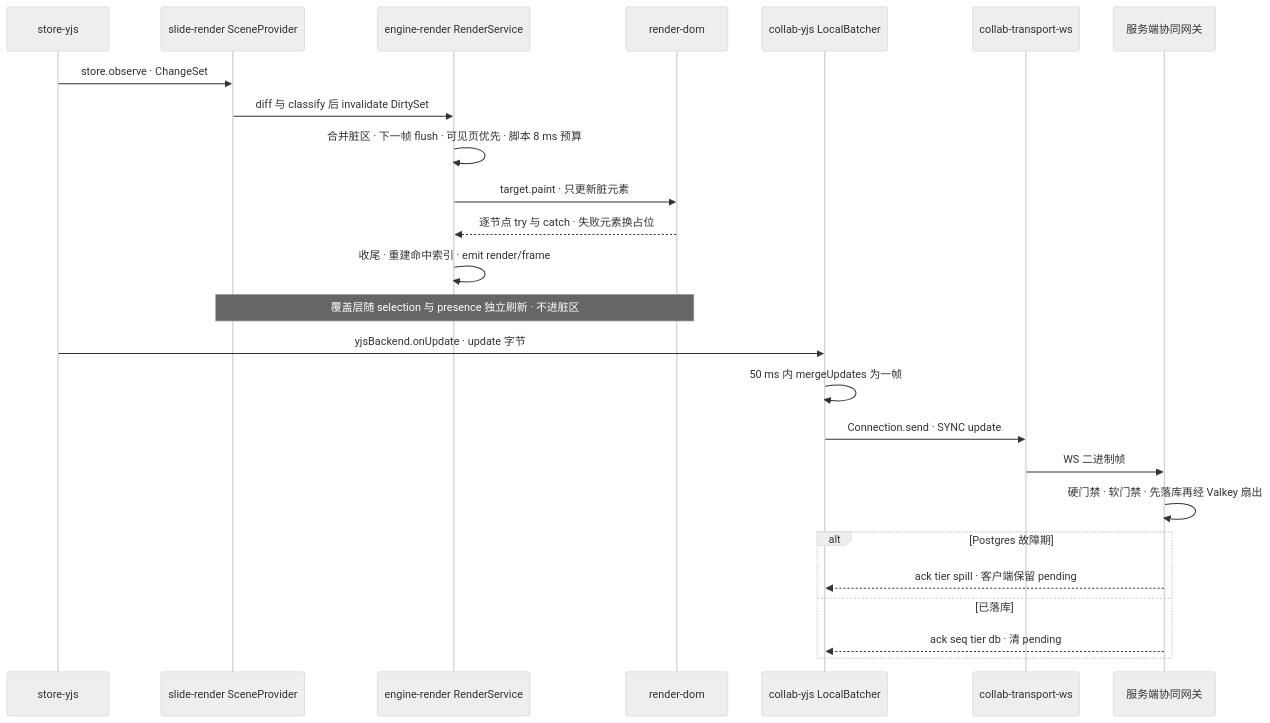
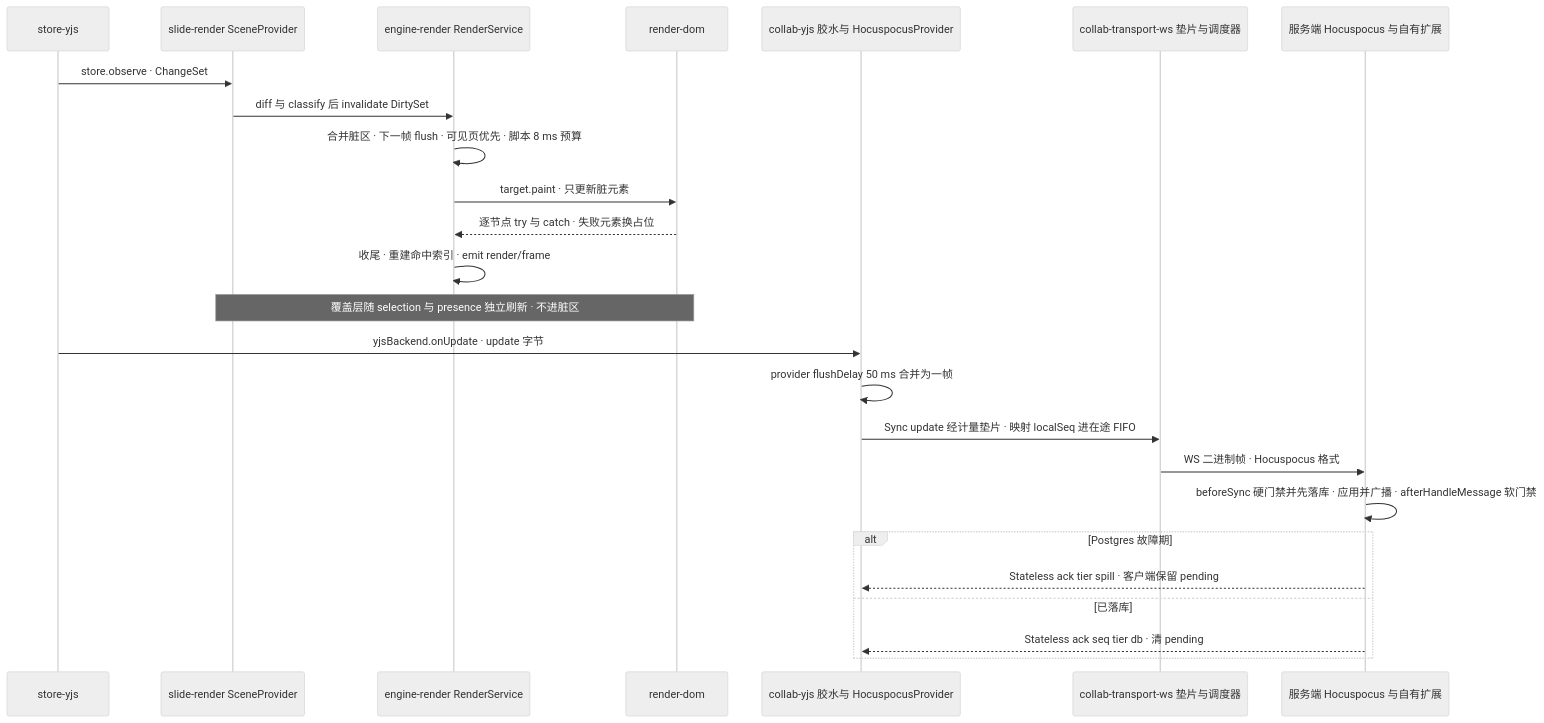
One commit to Xeonice/cordis-ppt-editor changed diagram 23 of 36 in docs/40-modules/18-atlas-system-and-frontend.md. Above: the diagram before and after it, drawn with Mermaid (neutral theme). The commit also changed other lines of this file and 78 other files, not shown here.

````diff
--- a/docs/40-modules/18-atlas-system-and-frontend.md
+++ b/docs/40-modules/18-atlas-system-and-frontend.md
@@ -810,27 +819,27 @@
 ```mermaid
 sequenceDiagram
   participant store as store-yjs
   participant scene as slide-render SceneProvider
   participant render as engine-render RenderService
   participant dom as render-dom
-  participant sync as collab-yjs LocalBatcher
-  participant ws as collab-transport-ws
-  participant gw as 服务端协同网关
+  participant sync as collab-yjs 胶水与 HocuspocusProvider
+  participant ws as collab-transport-ws 垫片与调度器
+  participant gw as 服务端 Hocuspocus 与自有扩展
   store->>scene: store.observe · ChangeSet
   scene->>render: diff 与 classify 后 invalidate DirtySet
   render->>render: 合并脏区 · 下一帧 flush · 可见页优先 · 脚本 8 ms 预算
   render->>dom: target.paint · 只更新脏元素
   dom-->>render: 逐节点 try 与 catch · 失败元素换占位
   render->>render: 收尾 · 重建命中索引 · emit render/frame
   Note over scene,dom: 覆盖层随 selection 与 presence 独立刷新 · 不进脏区
   store->>sync: yjsBackend.onUpdate · update 字节
-  sync->>sync: 50 ms 内 mergeUpdates 为一帧
-  sync->>ws: Connection.send · SYNC update
-  ws->>gw: WS 二进制帧
-  gw->>gw: 硬门禁 · 软门禁 · 先落库再经 Valkey 扇出
+  sync->>sync: provider flushDelay 50 ms 合并为一帧
+  sync->>ws: Sync update 经计量垫片 · 映射 localSeq 进在途 FIFO
+  ws->>gw: WS 二进制帧 · Hocuspocus 格式
+  gw->>gw: beforeSync 硬门禁并先落库 · 应用并广播 · afterHandleMessage 软门禁
   alt Postgres 故障期
-    gw-->>sync: ack tier spill · 客户端保留 pending
+    gw-->>sync: Stateless ack tier spill · 客户端保留 pending
   else 已落库
-    gw-->>sync: ack seq tier db · 清 pending
+    gw-->>sync: Stateless ack seq tier db · 清 pending
   end
 ```
````
